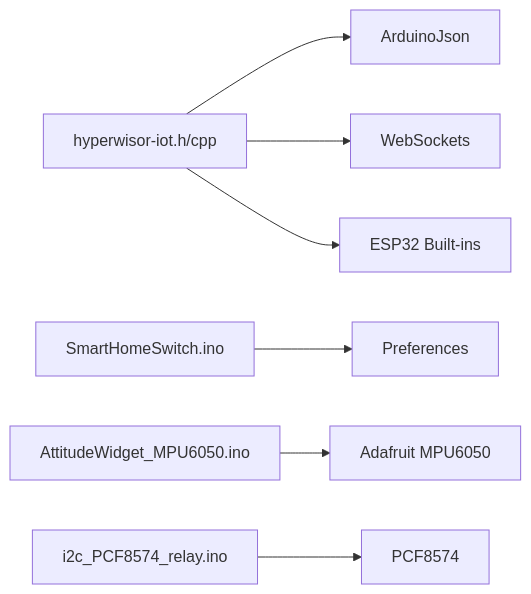
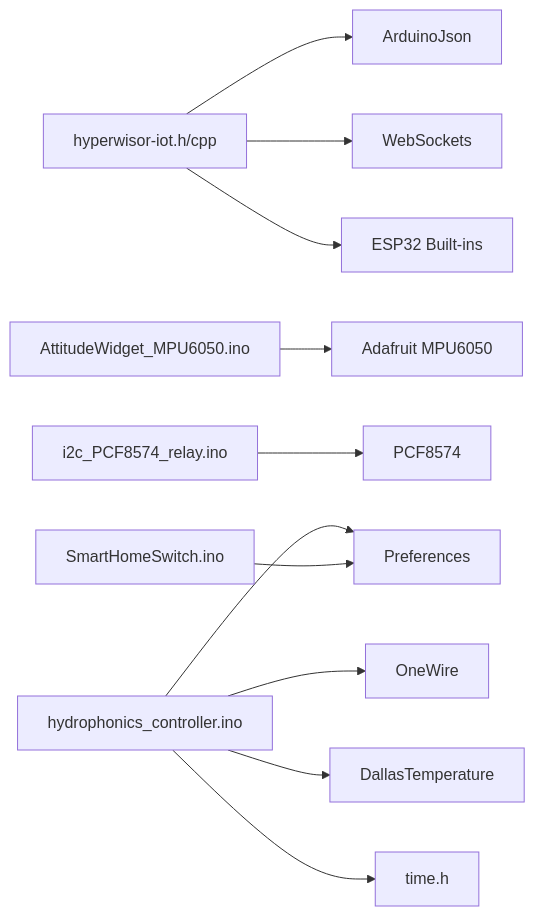
Before and after one commit to nikolaindustry/hyperwisor-iot-arduino-library: the sixth of 6 diagrams in .qoder/repowiki/en/content/Examples and Tutorials/Examples and Tutorials.md, drawn with Mermaid. The commit also changed other lines of this file and 25 other files, not shown here.

````diff
--- a/.qoder/repowiki/en/content/Examples and Tutorials/Examples and Tutorials.md
+++ b/.qoder/repowiki/en/content/Examples and Tutorials/Examples and Tutorials.md
@@ -389,9 +460,13 @@
 ```mermaid
 graph LR
 L["hyperwisor-iot.h/cpp"] --> AJ["ArduinoJson"]
 L --> WS["WebSockets"]
 L --> ESP["ESP32 Built-ins"]
 SH["SmartHomeSwitch.ino"] --> PREF["Preferences"]
 MPU["AttitudeWidget_MPU6050.ino"] --> AF_MPU["Adafruit MPU6050"]
 I2C["i2c_PCF8574_relay.ino"] --> PCF["PCF8574"]
+HYDRO["hydrophonics_controller.ino"] --> OW["OneWire"]
+HYDRO --> DT["DallasTemperature"]
+HYDRO --> PREF["Preferences"]
+HYDRO --> TIME["time.h"]
 ```
````
